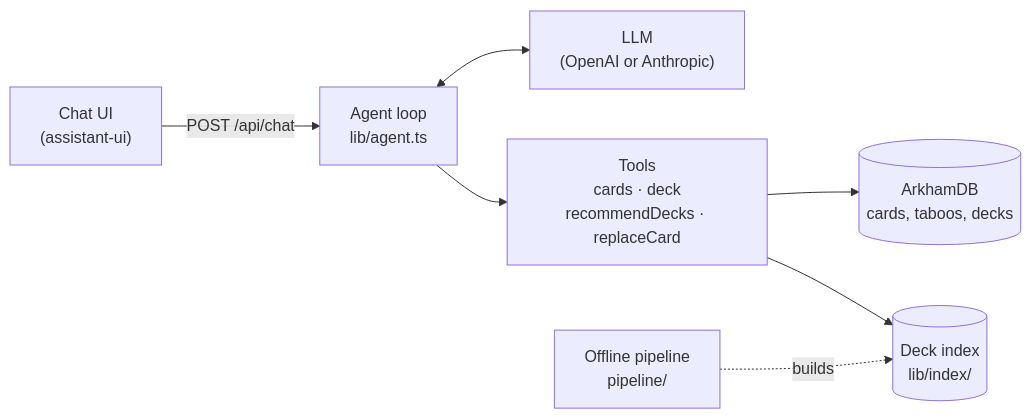
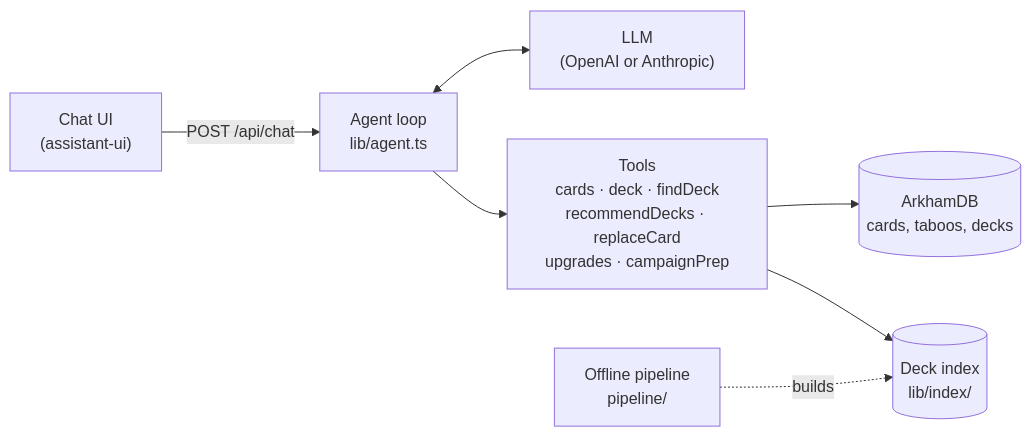
Before and after one commit to alon-pilosoph/arkham-ai: the diagram in README.md, drawn with Mermaid. The commit also changed other lines of this file and 24 other files, not shown here.

First line of the commit message:
Add spoiler-light campaign prep, only when asked

````diff
--- a/README.md
+++ b/README.md
@@ -52,9 +53,9 @@
 ```mermaid
 flowchart LR
   ui["Chat UI<br/>(assistant-ui)"] -- "POST /api/chat" --> loop["Agent loop<br/>lib/agent.ts"]
   loop <--> llm["LLM<br/>(OpenAI or Anthropic)"]
-  loop --> tools["Tools<br/>cards · deck<br/>recommendDecks · replaceCard"]
+  loop --> tools["Tools<br/>cards · deck · findDeck<br/>recommendDecks · replaceCard<br/>upgrades · campaignPrep"]
   tools --> adb[("ArkhamDB<br/>cards, taboos, decks")]
   tools --> index[("Deck index<br/>lib/index/")]
   pipeline["Offline pipeline<br/>pipeline/"] -. builds .-> index
 ```
````
